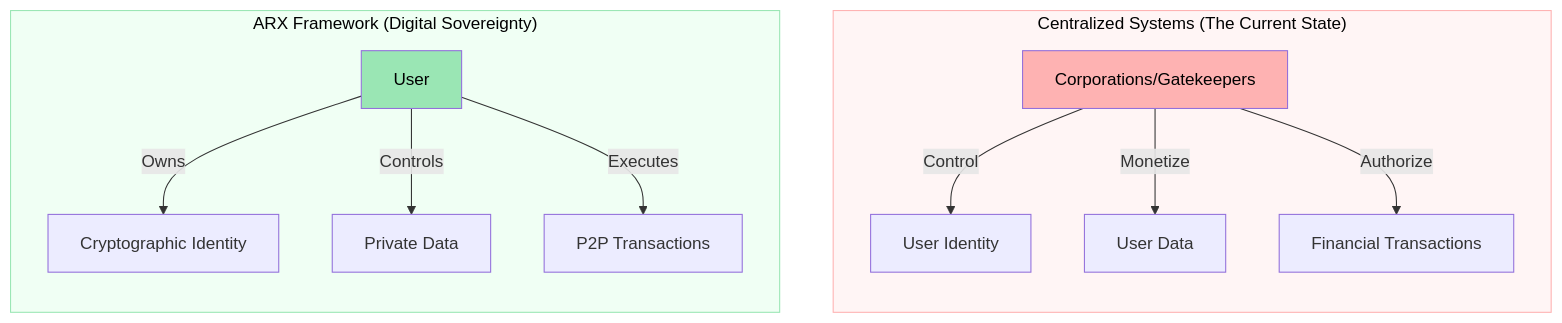
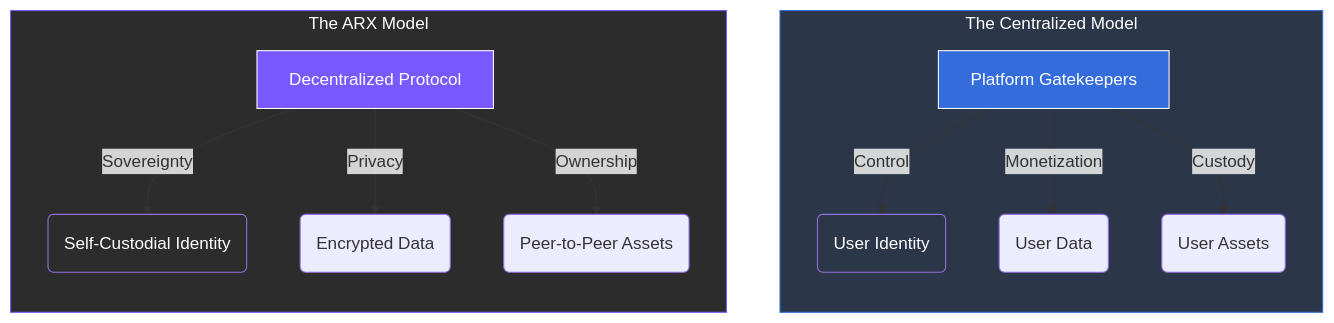
The diagram in gitbook/home/1-background-and-motivation/1.1-centralization-of-the-internet.md (unusnullus/docs-xmtp-org), drawn with Mermaid before and after one commit. The commit also changed other lines of this file, not shown here.

Commit message:
Polishing

````diff
--- a/gitbook/home/1-background-and-motivation/1.1-centralization-of-the-internet.md
+++ b/gitbook/home/1-background-and-motivation/1.1-centralization-of-the-internet.md
@@ -17,26 +17,30 @@
 ```mermaid
 graph TD
     %% Global Styling
-    accTitle: Centralization vs Decentralization
-    accDescr: A comparison of the power flow in centralized vs decentralized systems.
+    accTitle: The Centralization Problem
+    accDescr: Visualizing the shift from centralized control to ARX decentralization.
 
-    subgraph Centralized_System ["Centralized Systems (The Current State)"]
+    subgraph Centralization ["The Centralized Model"]
         direction TB
-        A[Corporations/Gatekeepers] -->|Control| B[User Identity]
-        A -->|Monetize| C[User Data]
-        A -->|Authorize| D[Financial Transactions]
+        A[Platform Gatekeepers] -->|Control| B(User Identity)
+        A -->|Monetization| C(User Data)
+        A -->|Custody| D(User Assets)
     end
 
-    subgraph ARX_System ["ARX Framework (Digital Sovereignty)"]
+    subgraph ARX_Solution ["The ARX Model"]
         direction TB
-        E[User] -->|Owns| F[Cryptographic Identity]
-        E -->|Controls| G[Private Data]
-        E -->|Executes| H[P2P Transactions]
+        E[Decentralized Protocol] -->|Sovereignty| F(Self-Custodial Identity)
+        E -->|Privacy| G(Encrypted Data)
+        E -->|Ownership| H(Peer-to-Peer Assets)
     end
 
-    %% Apply backgrounds for visibility
-    style Centralized_System fill:#fff5f5,stroke:#feb2b2,color:#000
-    style ARX_System fill:#f0fff4,stroke:#9ae6b4,color:#000
-    style A fill:#feb2b2,color:#000
-    style E fill:#9ae6b4,color:#000
+    %% Apply Brand Palette
+    style Centralization fill:#2B3648,stroke:#346ddb,color:#fefeff
+    style ARX_Solution fill:#2c2c2c,stroke:#7858ff,color:#fefeff
+    
+    style A fill:#346ddb,stroke:#fefeff,color:#fefeff
+    style E fill:#7858ff,stroke:#fefeff,color:#fefeff
+    
+    style B fill:#2B3648,color:#fefeff
+    style F fill:#2c2c2c,color:#fefeff
 ```
````
